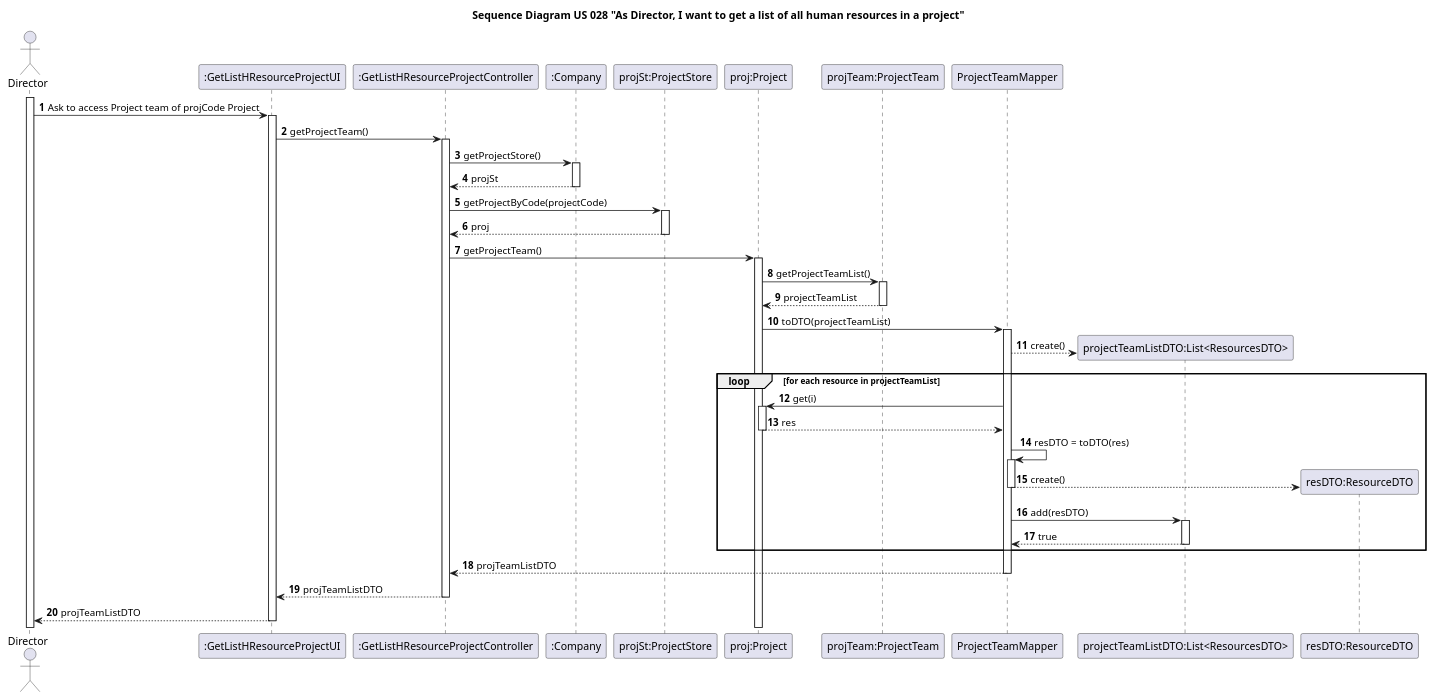
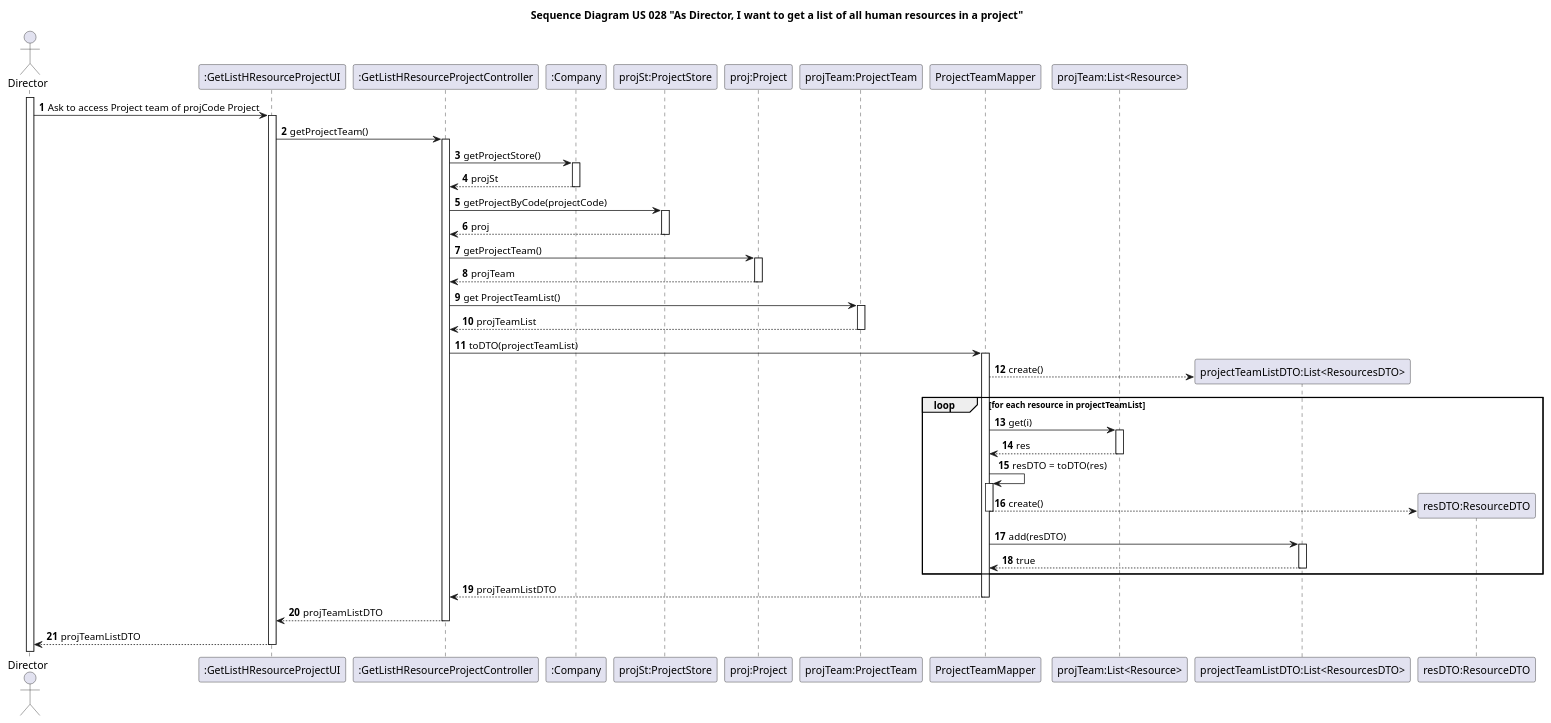
The diagram in docs/Sprint3/US028/US028-SD.puml (nunogon1211787/projectManagement), drawn with PlantUML before and after one commit. The commit also changed 3 other files, not shown here.

Commit message:
Sequence Diagram US28 and class creation (without methods)

```diff
--- a/docs/Sprint3/US028/US028-SD.puml
+++ b/docs/Sprint3/US028/US028-SD.puml
@@ -1,46 +1,48 @@
 @startuml
 'https://plantuml.com/sequence-diagram
 
 title Sequence Diagram US 028 "As Director, I want to get a list of all human resources in a project"
 
 autoactivate on
 autonumber
 
 actor "Director" as Director
 participant ":GetListHResourceProjectUI" as UI
 participant ":GetListHResourceProjectController" as Controller
 participant ":Company" as Company
 participant "projSt:ProjectStore" as ProjectStore
 participant "proj:Project" as Project
 participant "projTeam:ProjectTeam" as ProjectTeam
 participant "ProjectTeamMapper" as ProjectTeamMapper
+participant "projTeam:List<Resource>" as ProjectTeam2
 participant "projectTeamListDTO:List<ResourcesDTO>" as ProjectTeamDTO
 participant "resDTO:ResourceDTO" as ResourceDTO
 
 activate Director
 
 Director -> UI: Ask to access Project team of projCode Project
 UI -> Controller: getProjectTeam()
 Controller -> Company: getProjectStore()
 Company --> Controller: projSt
 Controller -> ProjectStore: getProjectByCode(projectCode)
 ProjectStore --> Controller: proj
 Controller -> Project: getProjectTeam()
-Project -> ProjectTeam: getProjectTeamList()
-ProjectTeam --> Project: projectTeamList
-Project -> ProjectTeamMapper : toDTO(projectTeamList)
+Project --> Controller: projTeam
+Controller -> ProjectTeam: get ProjectTeamList()
+ProjectTeam --> Controller: projTeamList
+Controller -> ProjectTeamMapper : toDTO(projectTeamList)
 ProjectTeamMapper --> ProjectTeamDTO**: create()
 loop for each resource in projectTeamList
-ProjectTeamMapper -> Project: get(i)
-Project --> ProjectTeamMapper: res
+ProjectTeamMapper -> ProjectTeam2: get(i)
+ProjectTeam2 --> ProjectTeamMapper: res
 ProjectTeamMapper -> ProjectTeamMapper: resDTO = toDTO(res)
 ProjectTeamMapper --> ResourceDTO**: create()
 deactivate ProjectTeamMapper
 ProjectTeamMapper -> ProjectTeamDTO: add(resDTO)
 ProjectTeamDTO --> ProjectTeamMapper: true
 end
 ProjectTeamMapper --> Controller: projTeamListDTO
 Controller --> UI: projTeamListDTO
 UI --> Director: projTeamListDTO
 
 @enduml
```
